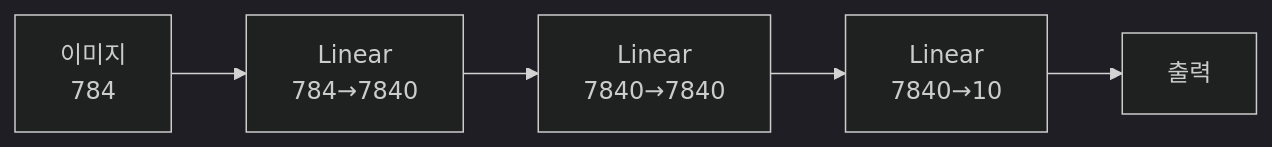
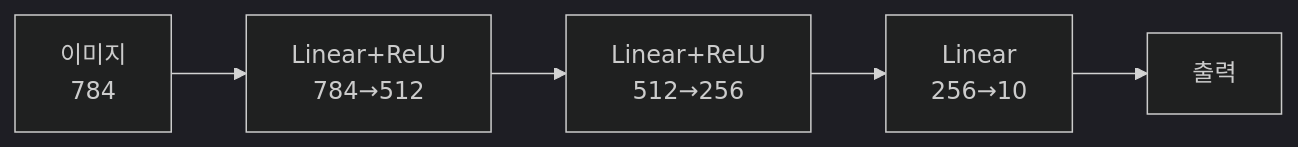
The second of 2 diagrams in docs/start/딥러닝-기초-2-완전연결-신경망과-FashionMNIST/index.md (kenshin579/blog-v2.advenoh.pe.kr), drawn with Mermaid (dark theme) before and after one commit. The commit also changed other lines of this file and 3 other files, not shown here.

````diff
--- a/docs/start/딥러닝-기초-2-완전연결-신경망과-FashionMNIST/index.md
+++ b/docs/start/딥러닝-기초-2-완전연결-신경망과-FashionMNIST/index.md
@@ -145,7 +146,7 @@
 ```mermaid
 flowchart LR
-    A["이미지<br/>784"] --> B["Linear<br/>784→7840"]
-    B --> C["Linear<br/>7840→7840"]
-    C --> D["Linear<br/>7840→10"]
+    A["이미지<br/>784"] --> B["Linear+ReLU<br/>784→512"]
+    B --> C["Linear+ReLU<br/>512→256"]
+    C --> D["Linear<br/>256→10"]
     D --> E["출력"]
 ```
````
